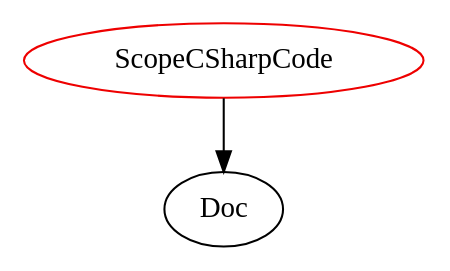
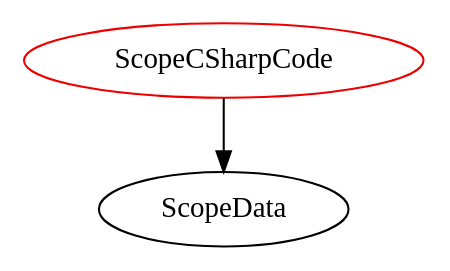
The diagram in analysis/TypeDependencyGraphs/gool/ScopeCSharpCode.dot (BilalM04/Drasil), drawn with Graphviz before and after one commit. The commit also changed 10664 other files, not shown here.

```diff
--- a/analysis/TypeDependencyGraphs/gool/ScopeCSharpCode.dot
+++ b/analysis/TypeDependencyGraphs/gool/ScopeCSharpCode.dot
@@ -1,4 +1,4 @@
 digraph scopecsharpcode{
 ScopeCSharpCode	[shape=oval, color=red2, label="ScopeCSharpCode"];
-ScopeCSharpCode -> Doc;
+ScopeCSharpCode -> ScopeData;
 }
```
